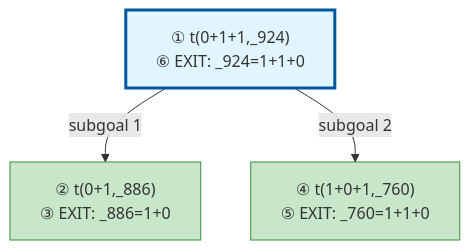
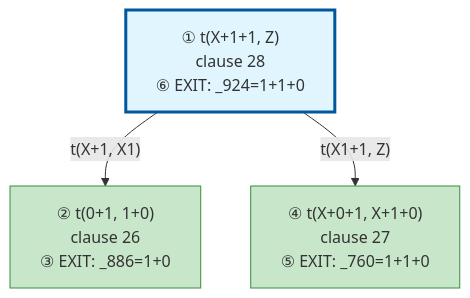
The diagram in examples/3_3_operators-output.md (jarecsni/prolog-trace-viz), drawn with Mermaid before and after one commit. The commit also changed 8 other files, not shown here.

````diff
--- a/examples/3_3_operators-output.md
+++ b/examples/3_3_operators-output.md
@@ -82,17 +82,17 @@
 ```mermaid
 graph TD
 
 %% Nodes
-A["① t(0+1+1,_924)<br/>⑥ EXIT: _924=1+1+0"]
-B["② t(0+1,_886)<br/>③ EXIT: _886=1+0"]
-C["④ t(1+0+1,_760)<br/>⑤ EXIT: _760=1+1+0"]
+A["① t(X+1+1, Z)<br/>clause 28<br/>⑥ EXIT: _924=1+1+0"]
+B["② t(0+1, 1+0)<br/>clause 26<br/>③ EXIT: _886=1+0"]
+C["④ t(X+0+1, X+1+0)<br/>clause 27<br/>⑤ EXIT: _760=1+1+0"]
 
 %% Edges
-A -->|"subgoal 1"| B
-A -->|"subgoal 2"| C
+A -->|"t(X+1, X1)"| B
+A -->|"t(X1+1, Z)"| C
 
 %% Styles
 style A fill:#e1f5ff,stroke:#01579b,stroke-width:3px
 style B fill:#c8e6c9,stroke:#388e3c
 style C fill:#c8e6c9,stroke:#388e3c
 ```
````
